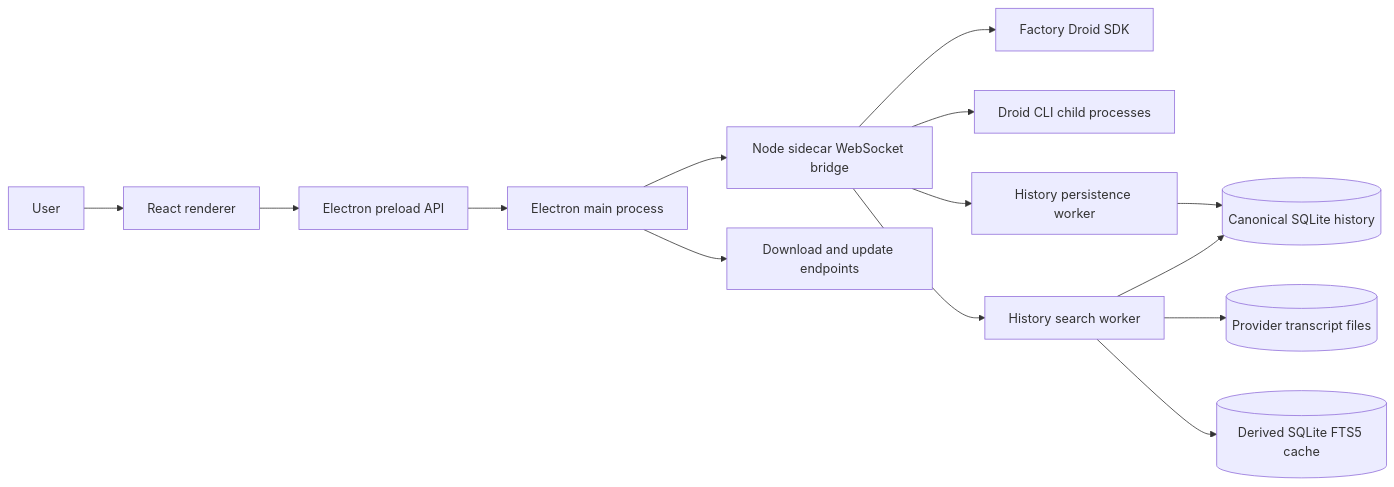
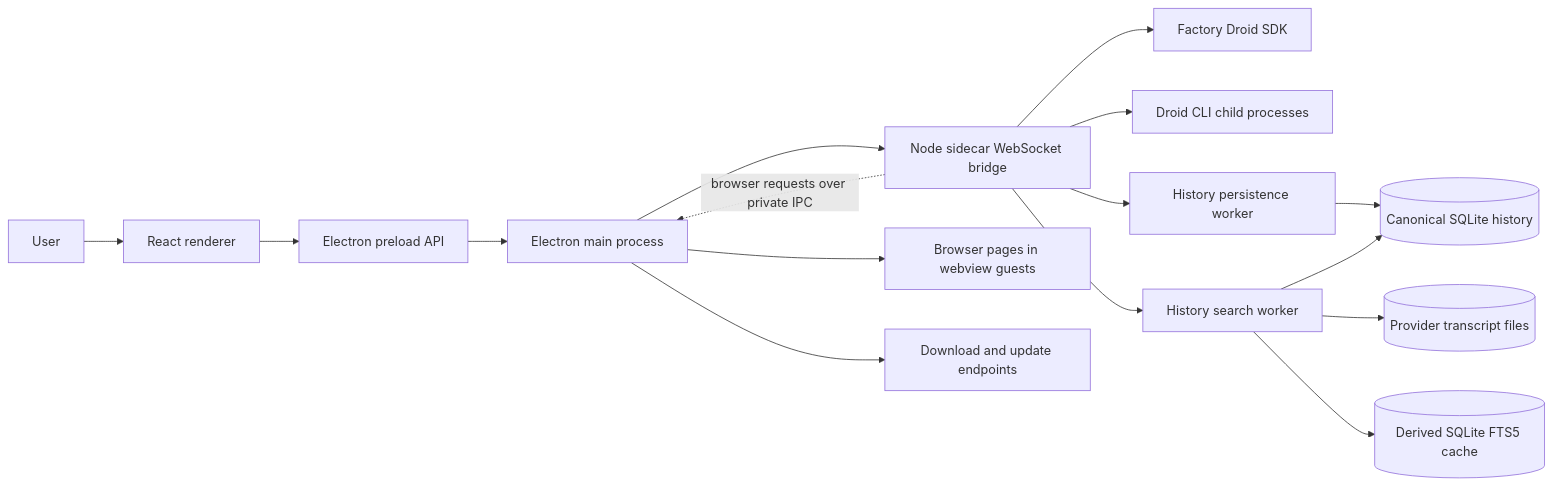
Before and after one commit to droidex-anas/DROIDEX: the diagram in docs/architecture.md, drawn with Mermaid. The commit also changed other lines of this file and 11 other files, not shown here.

First line of the commit message:
Bound main's browser work and make main's count of it the only truth

````diff
--- a/docs/architecture.md
+++ b/docs/architecture.md
@@ -7,16 +7,18 @@
 ```mermaid
 flowchart LR
   User[User] --> Renderer[React renderer]
   Renderer --> Preload[Electron preload API]
   Preload --> Main[Electron main process]
   Main --> Sidecar[Node sidecar WebSocket bridge]
+  Sidecar -. browser requests over private IPC .-> Main
+  Main --> Pages[Browser pages in webview guests]
   Sidecar --> DroidSDK[Factory Droid SDK]
   Sidecar --> DroidCLI[Droid CLI child processes]
   Sidecar --> HistoryWriter[History persistence worker]
   Sidecar --> HistorySearch[History search worker]
   HistoryWriter --> CanonicalHistory[(Canonical SQLite history)]
   HistorySearch --> SessionFiles[(Provider transcript files)]
   HistorySearch --> CanonicalHistory
   HistorySearch --> SearchCache[(Derived SQLite FTS5 cache)]
   Main --> Updater[Download and update endpoints]
 ```
````
